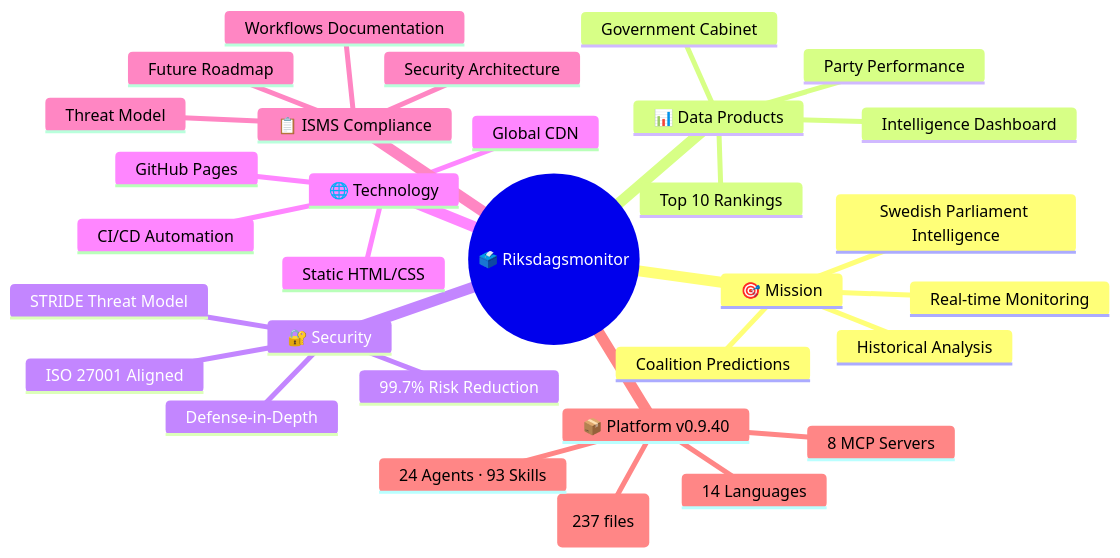
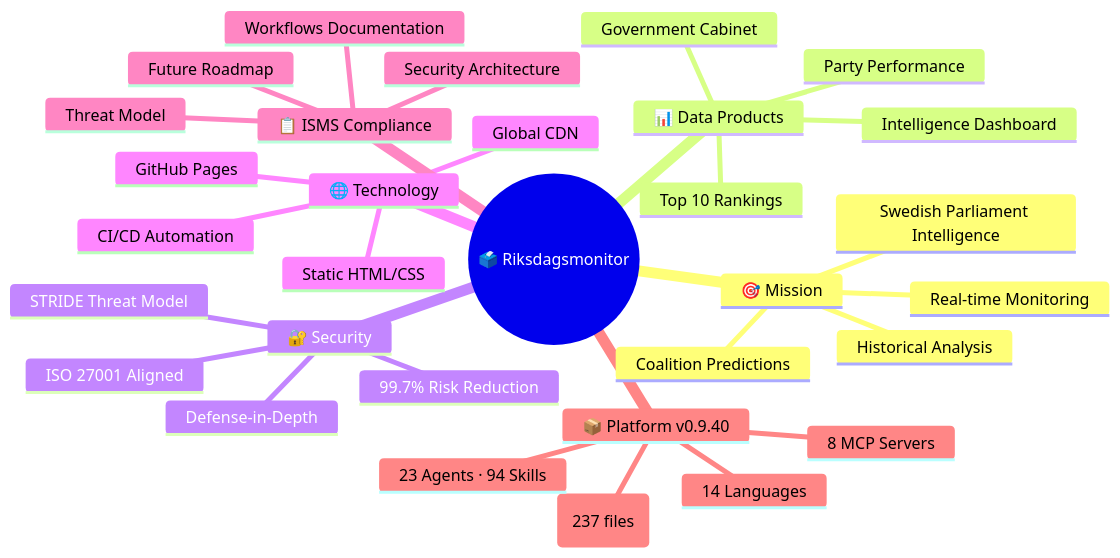
Before and after one commit to Hack23/riksdagsmonitor: the first of 15 diagrams in MINDMAP.md, drawn with Mermaid. The commit also changed 4 other files, not shown here.

Commit message:
docs: fix review feedback — revert version bump, correct agent/skill counts, fix SCB STRIDE to reflect MCP-only architecture

````diff
--- a/MINDMAP.md
+++ b/MINDMAP.md
@@ -55,34 +55,34 @@
 ```mermaid
 mindmap
   root((🗳️ Riksdagsmonitor))
     🎯 Mission
       Swedish Parliament Intelligence
       Real-time Monitoring
       Historical Analysis
       Coalition Predictions
     📊 Data Products
       Intelligence Dashboard
       Party Performance
       Government Cabinet
       Top 10 Rankings
     🔐 Security
       ISO 27001 Aligned
       STRIDE Threat Model
       Defense-in-Depth
       99.7% Risk Reduction
     🌐 Technology
       Static HTML/CSS
       GitHub Pages
       CI/CD Automation
       Global CDN
     📋 ISMS Compliance
       Security Architecture
       Threat Model
       Workflows Documentation
       Future Roadmap
     📦 Platform v0.9.40
       7,500+ Tests (237 files)
-      24 Agents · 93 Skills
+      23 Agents · 94 Skills
       14 Languages
       8 MCP Servers
 ```
````
